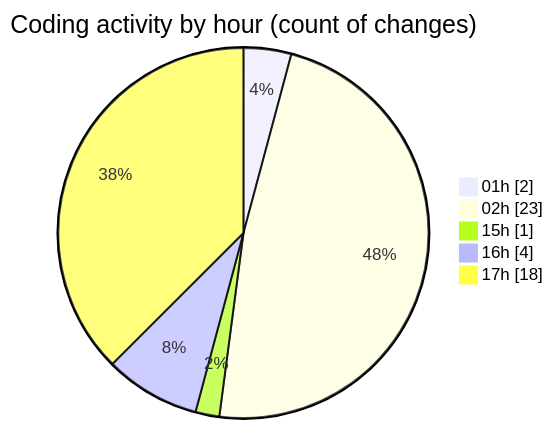
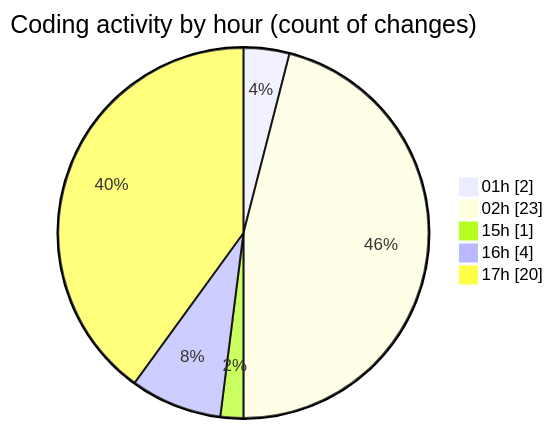
One commit to mevix1/code-tracking changed the second of 2 diagrams in 2025-10-01/open-health/README.md. Above: the diagram before and after it, drawn with Mermaid. The commit also changed other lines of this file and 1 other file, not shown here.

````diff
--- a/2025-10-01/open-health/README.md
+++ b/2025-10-01/open-health/README.md
@@ -58,9 +60,9 @@
 ```mermaid
 pie showData
 title Coding activity by hour (count of changes)
 "01h" : 2
 "02h" : 23
 "15h" : 1
 "16h" : 4
-"17h" : 18
+"17h" : 20
 ```
````
